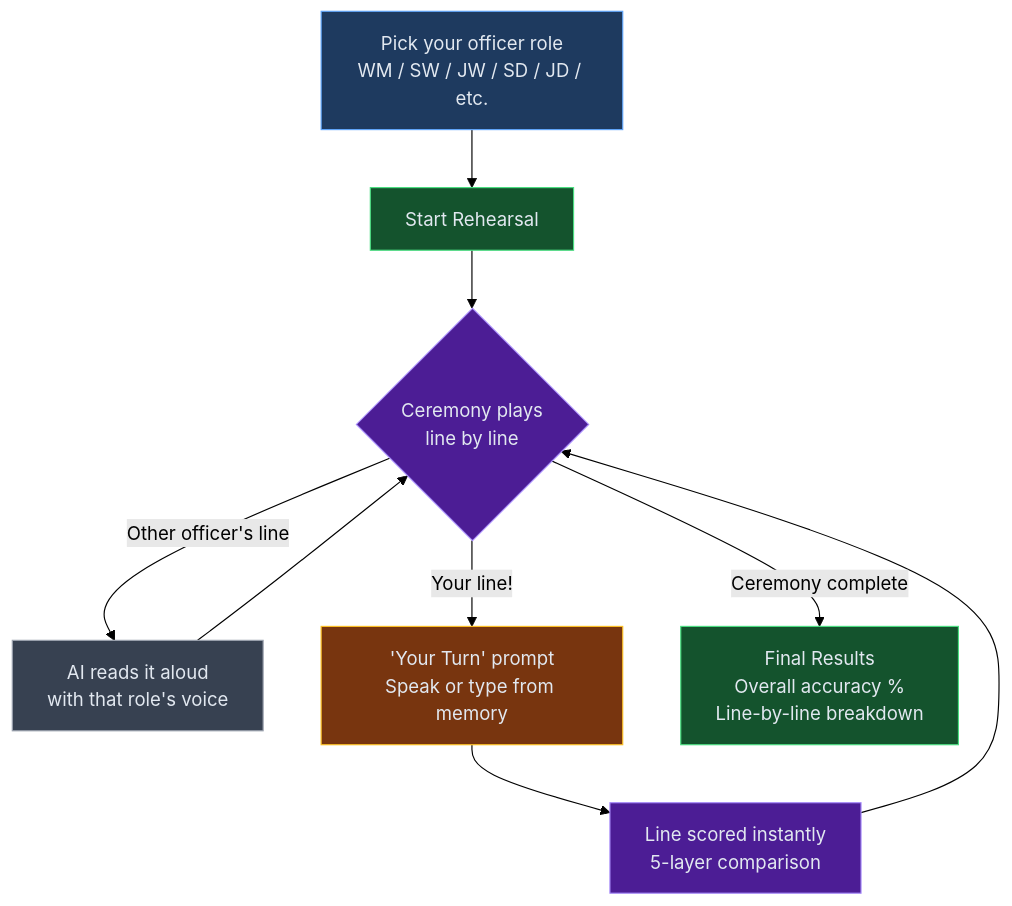
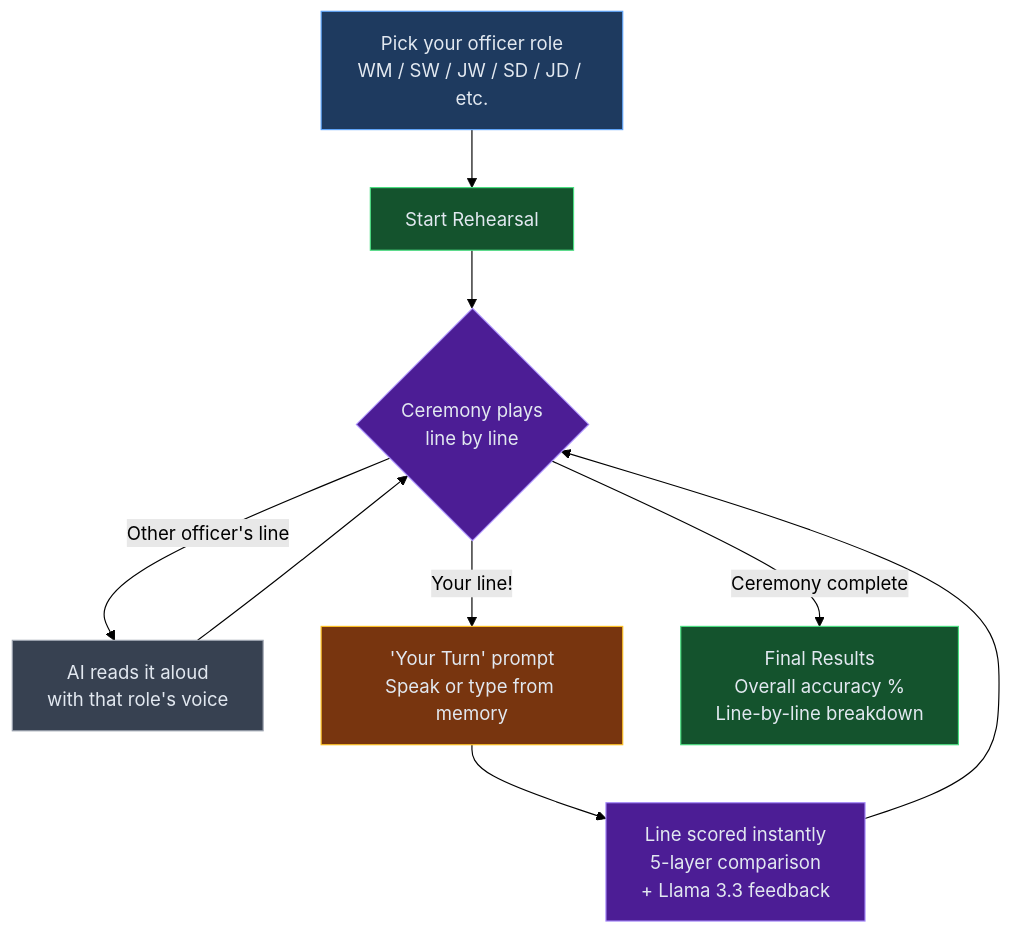
One commit to mcleods777/Masonic-Ritual-AI-Mentor changed the sixth of 11 diagrams in docs/NOTION-HOW-TO.md. Above: the diagram before and after it, drawn with Mermaid (forest theme). The commit also changed other lines of this file and 2 other files, not shown here.

````diff
--- a/docs/NOTION-HOW-TO.md
+++ b/docs/NOTION-HOW-TO.md
@@ -218,19 +224,19 @@
 ```mermaid
 flowchart TB
     Pick["Pick your officer role\nWM / SW / JW / SD / JD / etc."] --> Start["Start Rehearsal"]
     Start --> Loop{"Ceremony plays\nline by line"}
     Loop -->|"Other officer's line"| AI["AI reads it aloud\nwith that role's voice"]
     Loop -->|"Your line!"| You["'Your Turn' prompt\nSpeak or type from memory"]
     AI --> Loop
-    You --> Score["Line scored instantly\n5-layer comparison"]
+    You --> Score["Line scored instantly\n5-layer comparison\n+ Llama 3.3 feedback"]
     Score --> Loop
     Loop -->|"Ceremony complete"| Results["Final Results\nOverall accuracy %\nLine-by-line breakdown"]
 
     style Pick fill:#1e3a5f,stroke:#60a5fa,color:#e2e8f0
     style Start fill:#14532d,stroke:#4ade80,color:#e2e8f0
     style Loop fill:#4c1d95,stroke:#a78bfa,color:#e2e8f0
     style AI fill:#374151,stroke:#9ca3af,color:#e2e8f0
     style You fill:#78350f,stroke:#fbbf24,color:#e2e8f0
     style Score fill:#4c1d95,stroke:#a78bfa,color:#e2e8f0
     style Results fill:#14532d,stroke:#4ade80,color:#e2e8f0
 ```
````
